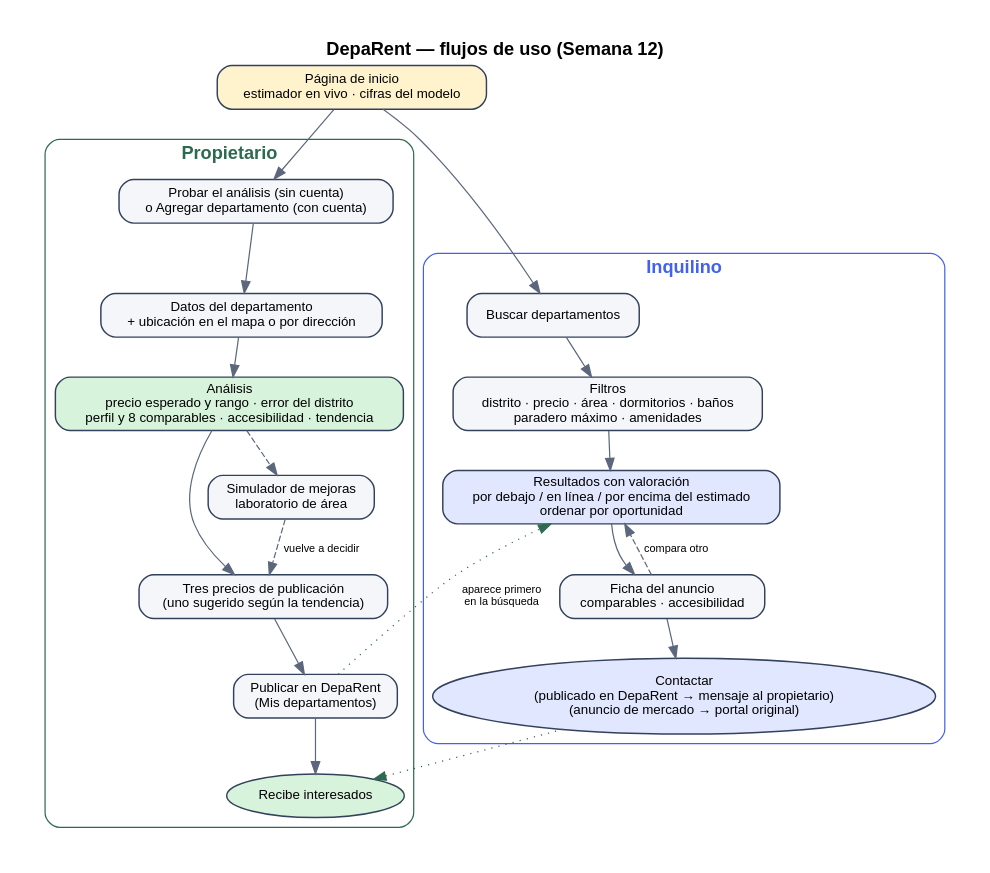
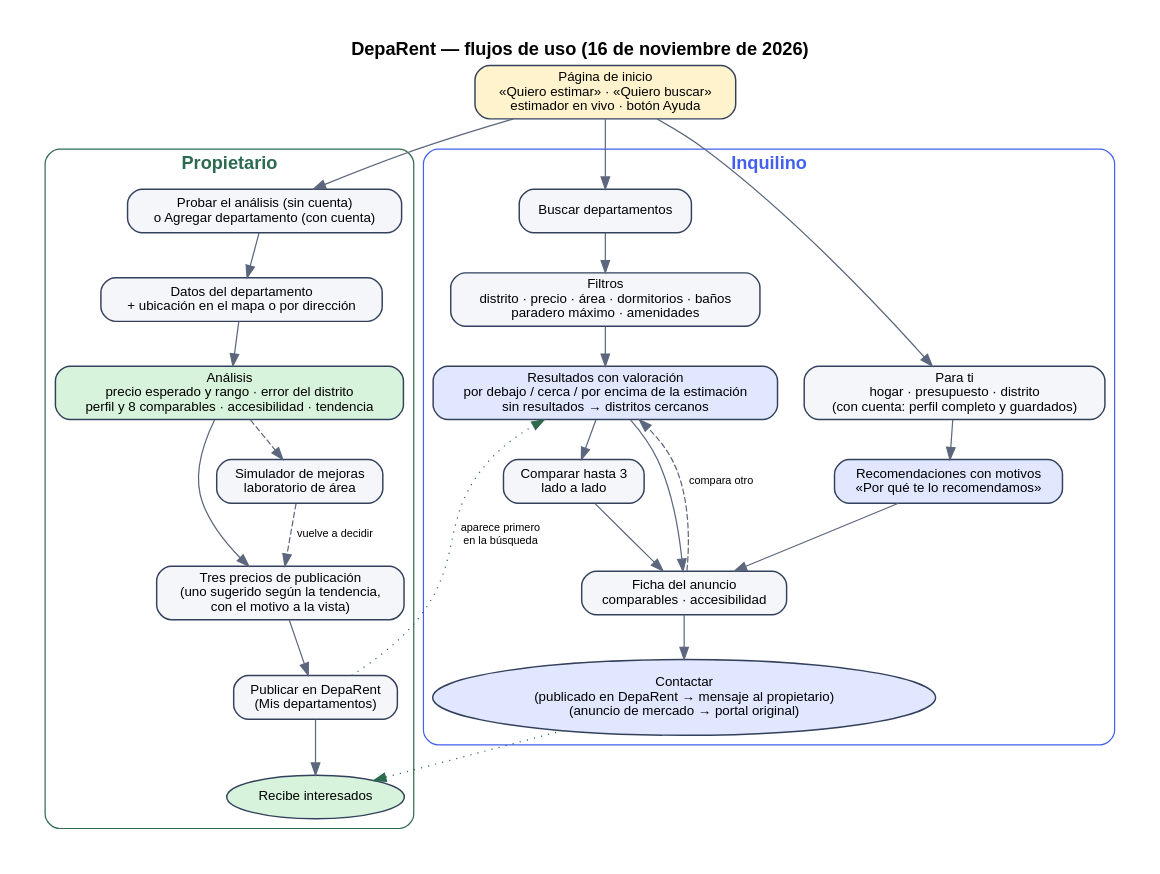
One commit to ArmandoPal/DepaRent changed the diagram in deliveries/week15/architecture/product_workflow.dot. Above: the diagram before and after it, drawn with Graphviz. The commit also changed 7 other files, not shown here.

Commit message:
docs(arquitectura): actualizar diagramas con recomendador, panel, ayuda y comparador

```diff
--- a/deliveries/week15/architecture/product_workflow.dot
+++ b/deliveries/week15/architecture/product_workflow.dot
@@ -1,32 +1,37 @@
 digraph W {
   rankdir=TB; bgcolor="white"; pad=0.3; nodesep=0.3; ranksep=0.45;
   node [shape=box, style="rounded,filled", fontname="Helvetica", fontsize=11, color="#33415c", fillcolor="#f4f6fa", penwidth=1.2];
   edge [fontname="Helvetica", fontsize=9, color="#5c677d"];
-  label="DepaRent — flujos de uso (Semana 12)"; labelloc=t; fontname="Helvetica-Bold"; fontsize=15;
+  label="DepaRent — flujos de uso (16 de noviembre de 2026)"; labelloc=t; fontname="Helvetica-Bold"; fontsize=15;
 
-  H [label="Página de inicio\nestimador en vivo · cifras del modelo", fillcolor="#fff3cd"];
+  H [label="Página de inicio\n«Quiero estimar» · «Quiero buscar»\nestimador en vivo · botón Ayuda", fillcolor="#fff3cd"];
 
   subgraph cluster_owner { label="Propietario"; style="rounded"; color="#2d6a4f"; fontname="Helvetica-Bold"; fontcolor="#2d6a4f";
     O1 [label="Probar el análisis (sin cuenta)\no Agregar departamento (con cuenta)"];
     O2 [label="Datos del departamento\n+ ubicación en el mapa o por dirección"];
     O3 [label="Análisis\nprecio esperado y rango · error del distrito\nperfil y 8 comparables · accesibilidad · tendencia", fillcolor="#d8f3dc"];
-    O4 [label="Tres precios de publicación\n(uno sugerido según la tendencia)"];
+    O4 [label="Tres precios de publicación\n(uno sugerido según la tendencia,\ncon el motivo a la vista)"];
     O5 [label="Simulador de mejoras\nlaboratorio de área"];
     O6 [label="Publicar en DepaRent\n(Mis departamentos)"];
     O7 [label="Recibe interesados", shape=oval, fillcolor="#d8f3dc"];
     O1 -> O2 -> O3 -> O4 -> O6 -> O7; O3 -> O5 [style=dashed]; O5 -> O4 [style=dashed, label="vuelve a decidir"];
   }
 
   subgraph cluster_tenant { label="Inquilino"; style="rounded"; color="#4361ee"; fontname="Helvetica-Bold"; fontcolor="#4361ee";
     T1 [label="Buscar departamentos"];
     T2 [label="Filtros\ndistrito · precio · área · dormitorios · baños\nparadero máximo · amenidades"];
-    T3 [label="Resultados con valoración\npor debajo / en línea / por encima del estimado\nordenar por oportunidad", fillcolor="#e0e7ff"];
+    T3 [label="Resultados con valoración\npor debajo / cerca / por encima de la estimación\nsin resultados → distritos cercanos", fillcolor="#e0e7ff"];
+    T6 [label="Comparar hasta 3\nlado a lado"];
+    R1 [label="Para ti\nhogar · presupuesto · distrito\n(con cuenta: perfil completo y guardados)"];
+    R2 [label="Recomendaciones con motivos\n«Por qué te lo recomendamos»", fillcolor="#e0e7ff"];
     T4 [label="Ficha del anuncio\ncomparables · accesibilidad"];
     T5 [label="Contactar\n(publicado en DepaRent → mensaje al propietario)\n(anuncio de mercado → portal original)", shape=oval, fillcolor="#e0e7ff"];
     T1 -> T2 -> T3 -> T4 -> T5; T4 -> T3 [style=dashed, label="compara otro"];
+    T3 -> T6 -> T4;
+    R1 -> R2 -> T4;
   }
 
-  H -> O1; H -> T1;
+  H -> O1; H -> T1; H -> R1;
   O6 -> T3 [style=dotted, label="aparece primero\nen la búsqueda", color="#2d6a4f"];
   T5 -> O7 [style=dotted, color="#2d6a4f"];
 }
```
